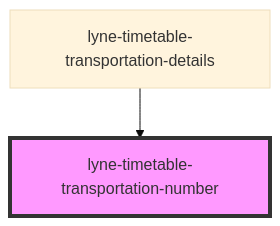
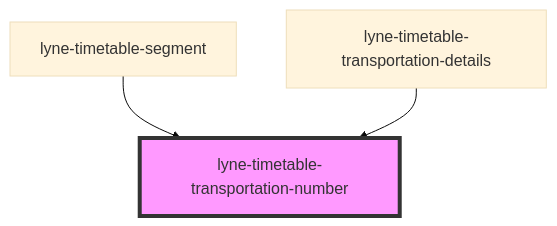
Before and after one commit to schlpbch/lyne-components: the diagram in src/components/lyne-timetable-transportation-number/readme.md, drawn with Mermaid (base theme). The commit also changed other lines of this file and 15 other files, not shown here.

Commit message:
feat: working on timetable segment component

````diff
--- a/src/components/lyne-timetable-transportation-number/readme.md
+++ b/src/components/lyne-timetable-transportation-number/readme.md
@@ -24,5 +25,6 @@
 ```mermaid
 graph TD;
+  lyne-timetable-segment --> lyne-timetable-transportation-number
   lyne-timetable-transportation-details --> lyne-timetable-transportation-number
   style lyne-timetable-transportation-number fill:#f9f,stroke:#333,stroke-width:4px
 ```
````
